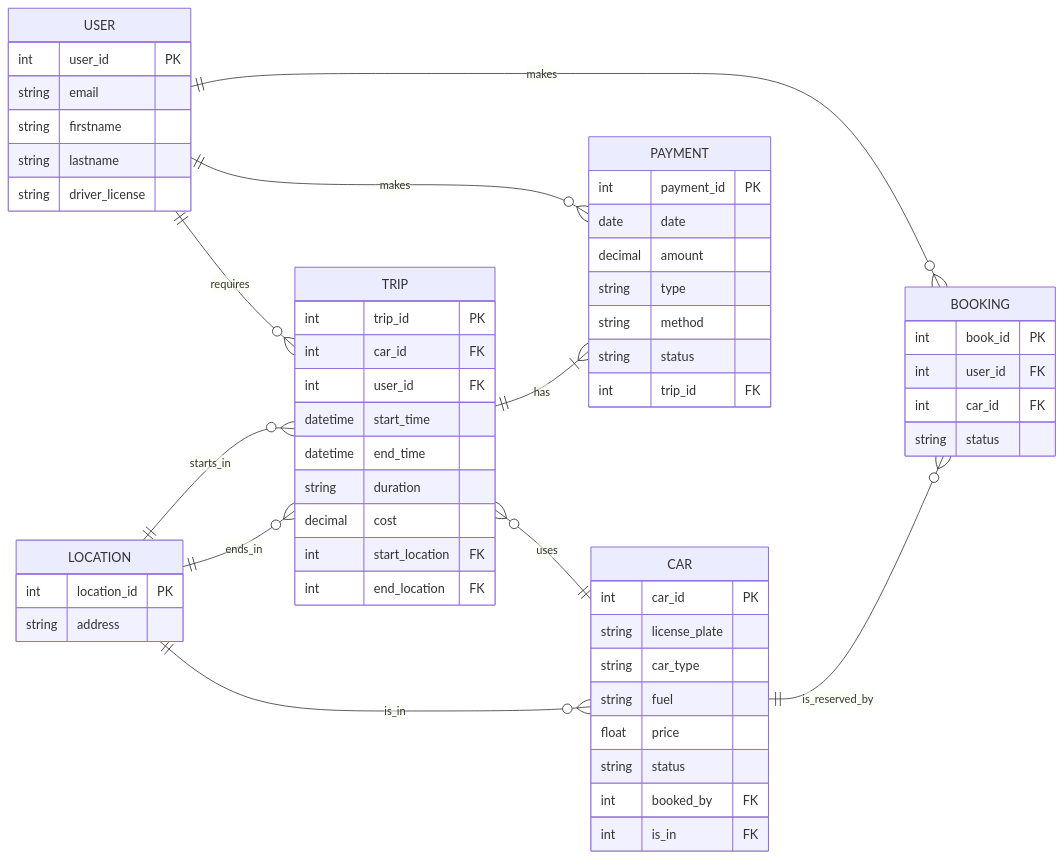
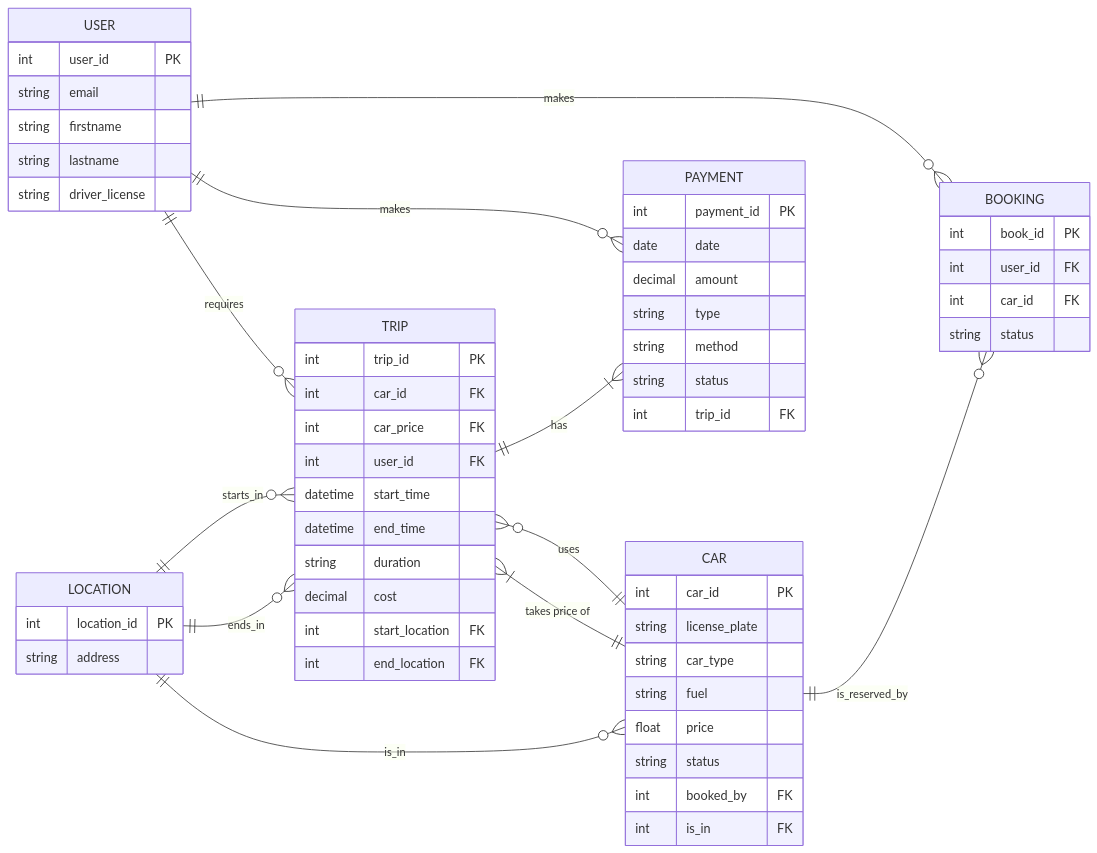
Before and after one commit to Maks9m/KPI_Labs: the diagram in Lab1/mermaid.md, drawn with Mermaid. The commit also changed other lines of this file and 3 other files, not shown here.

Commit message:
feat(Lab1): add trip - car relation (trip takes price of a car

````diff
--- a/Lab1/mermaid.md
+++ b/Lab1/mermaid.md
@@ -63,61 +65,63 @@
 ```mermaid
 erDiagram
 direction LR
 USER {
 int user_id PK
 string email
 string firstname
 string lastname
 string driver_license
 }
 CAR {
 int car_id PK
 string license_plate
 string car_type
 string fuel
 float price
 string status
 int booked_by FK
 int is_in FK
 }
 LOCATION {
 int location_id PK
 string address
 }
 TRIP {
 int trip_id PK
 int car_id FK
+int car_price FK
 int user_id FK
 datetime start_time
 datetime end_time
 string duration
 decimal cost
 int start_location FK
 int end_location FK
 }
 BOOKING {
 int book_id PK
 int user_id FK
 int car_id FK
 string status
 }
 PAYMENT {
 int payment_id PK
 date date
 decimal amount
 string type
 string method
 string status
 int trip_id FK
 }
 
     USER||--o{BOOKING:"makes"
     USER||--o{TRIP:"requires"
     CAR||--o{BOOKING:"is_reserved_by"
     USER||--o{PAYMENT:"makes"
     TRIP||--|{PAYMENT:"has"
     TRIP}o--||CAR:"uses"
+    TRIP}|--||CAR:"takes price of"
     LOCATION||--o{TRIP:"starts_in"
     LOCATION||--o{TRIP:"ends_in"
     LOCATION||--o{CAR:"is_in"
 ```
````
